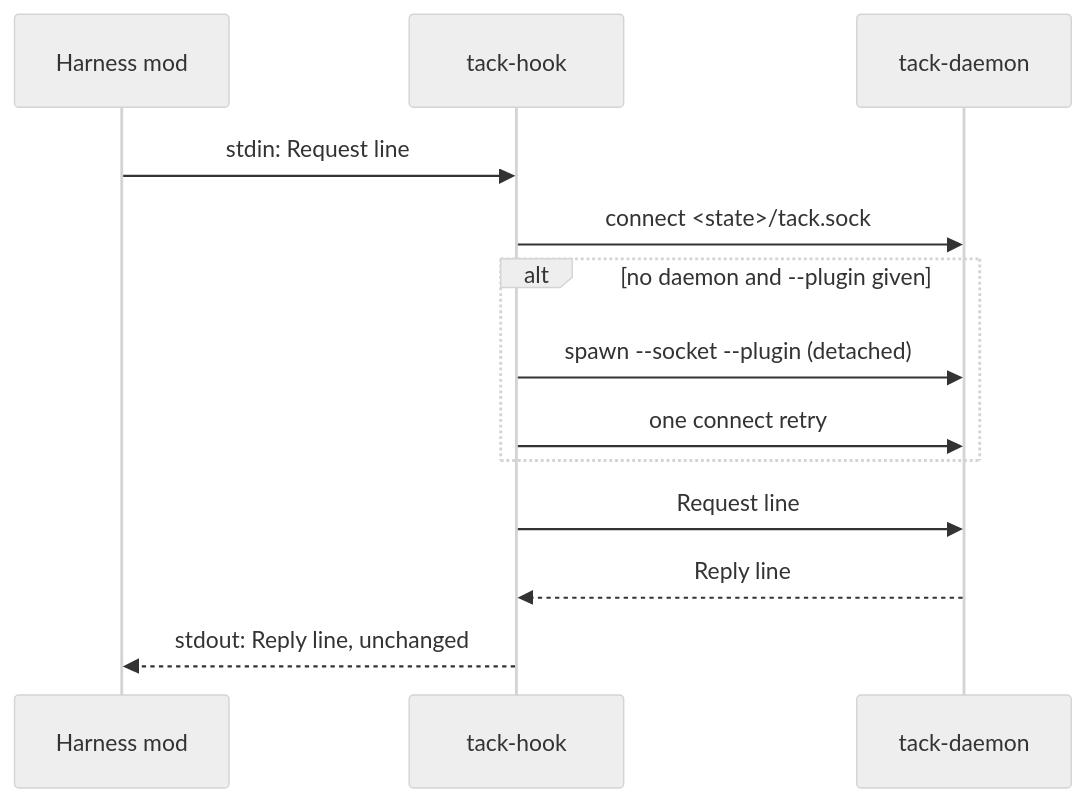
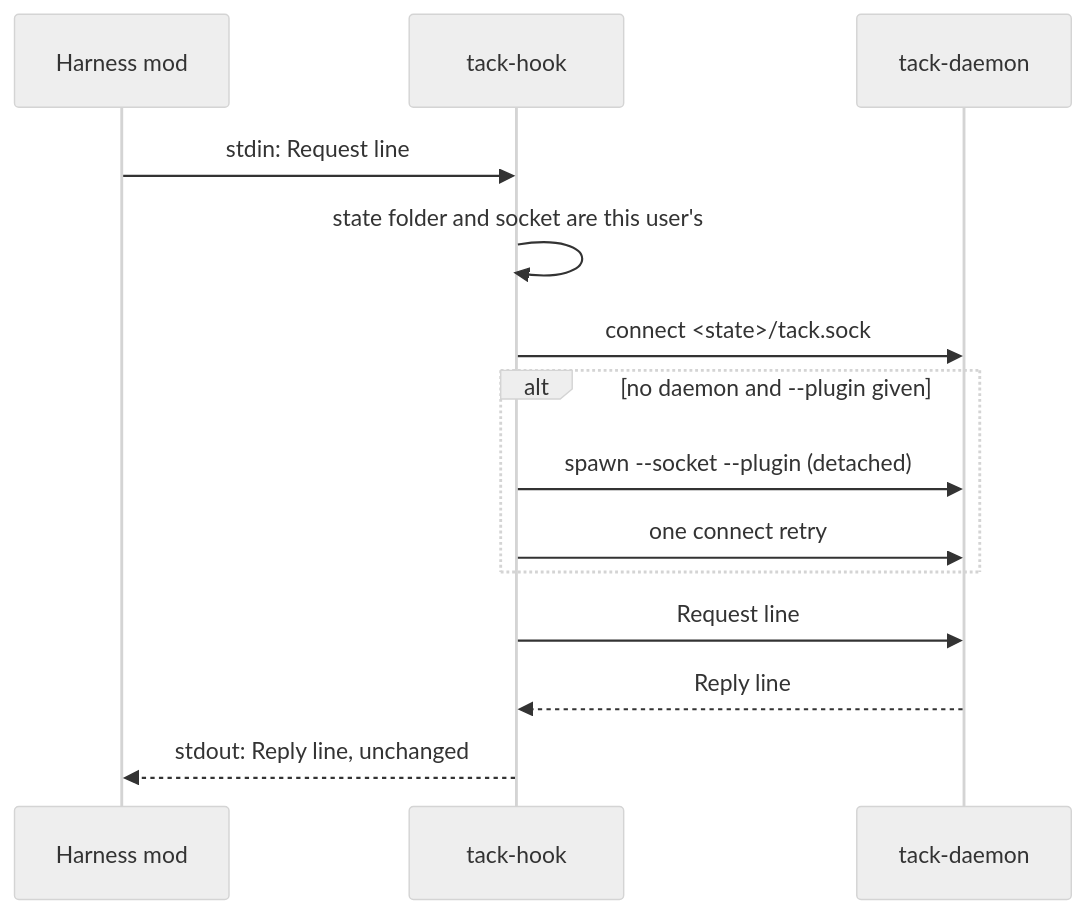
One commit to wrkhse/tack changed the diagram in crates/hook/README.md. Above: the diagram before and after it, drawn with Mermaid (neutral theme). The commit also changed other lines of this file and 17 other files, not shown here.

````diff
--- a/crates/hook/README.md
+++ b/crates/hook/README.md
@@ -7,15 +7,16 @@
 ```mermaid
 sequenceDiagram
     participant M as Harness mod
     participant H as tack-hook
     participant D as tack-daemon
     M->>H: stdin: Request line
+    H->>H: state folder and socket are this user's
     H->>D: connect <state>/tack.sock
     alt no daemon and --plugin given
         H->>D: spawn --socket --plugin (detached)
         H->>D: one connect retry
     end
     H->>D: Request line
     D-->>H: Reply line
     H-->>M: stdout: Reply line, unchanged
 ```
````
